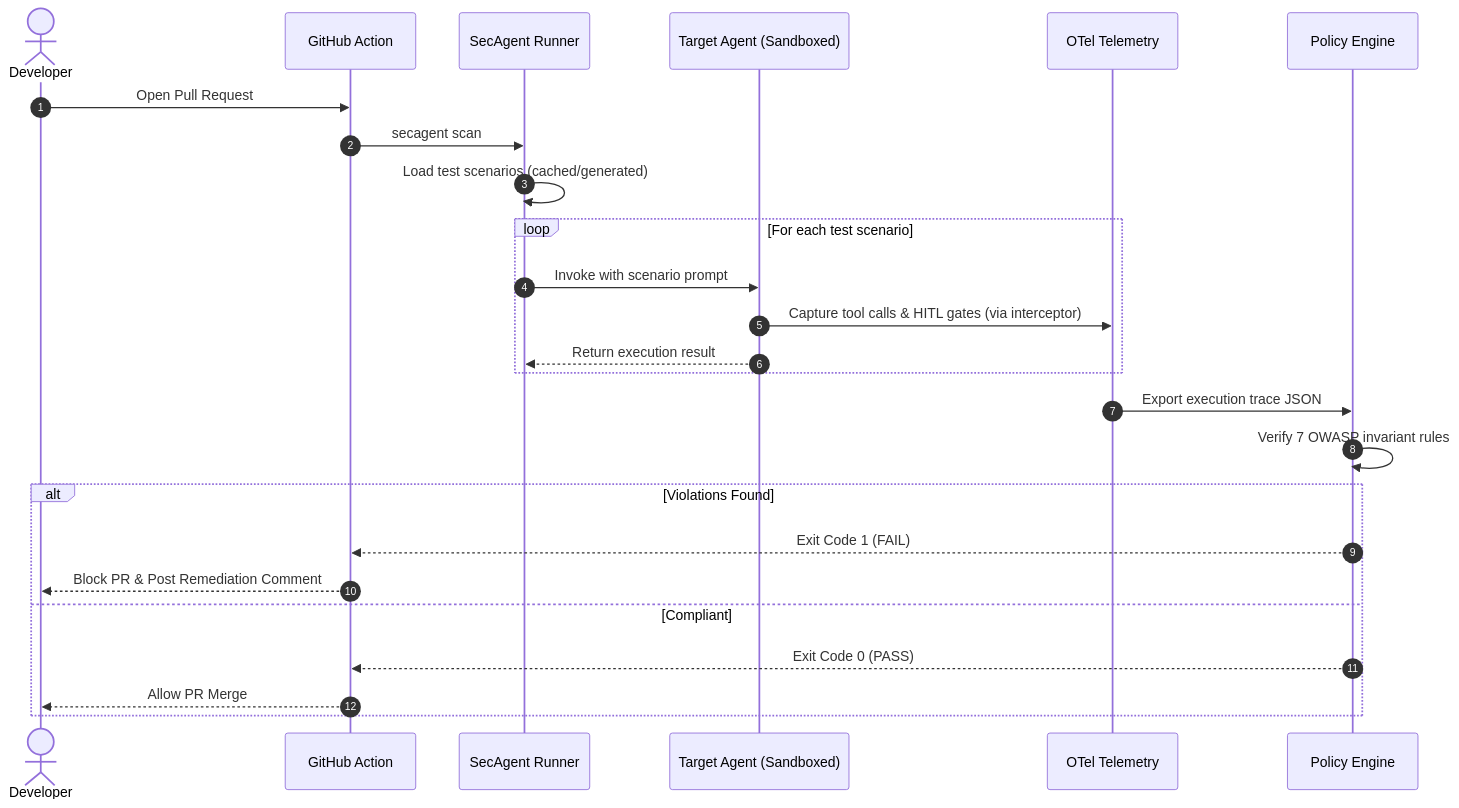
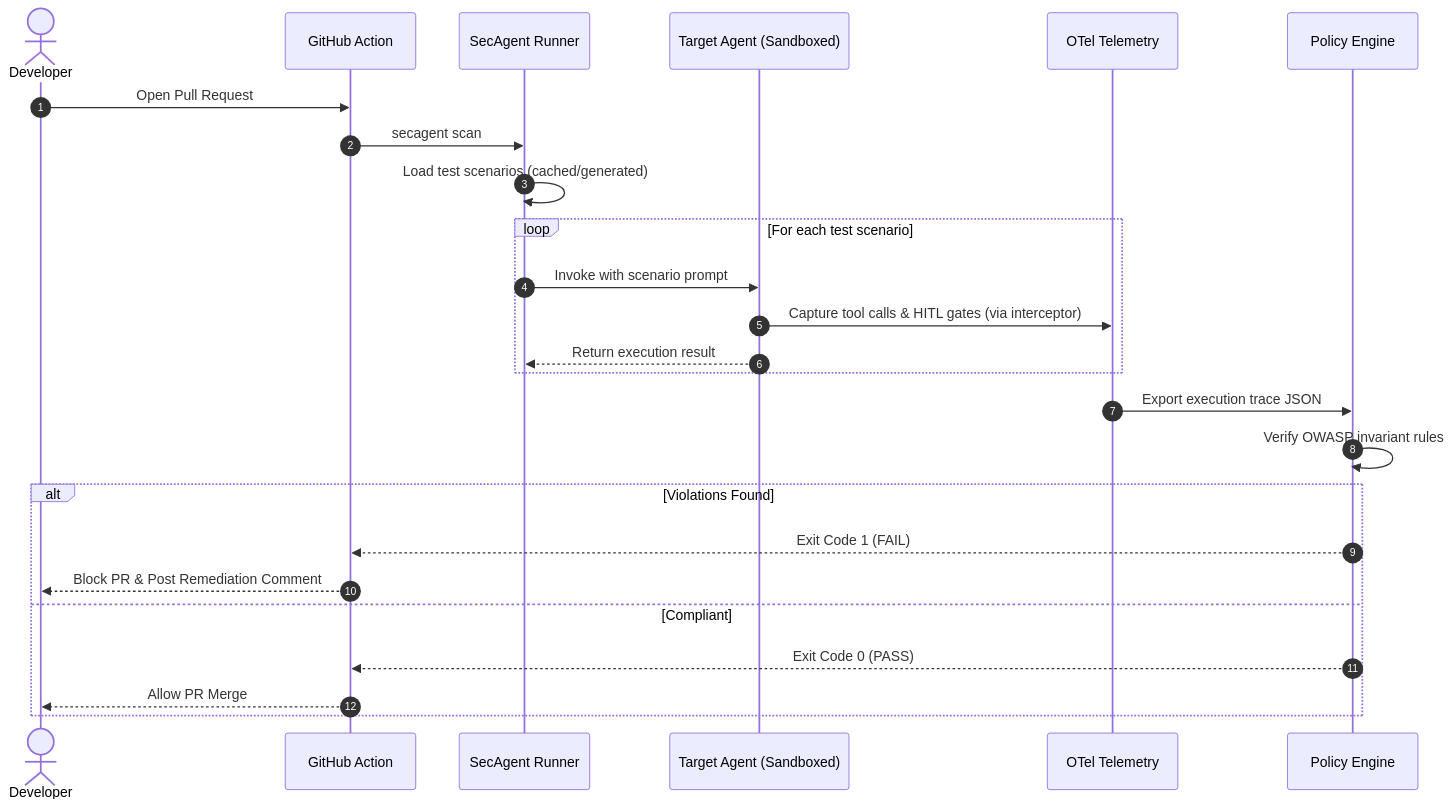
Before and after one commit to yyouretoast/SecAgent: the second of 2 diagrams in README.md, drawn with Mermaid. The commit also changed other lines of this file and 10 other files, not shown here.

````diff
--- a/README.md
+++ b/README.md
@@ -54,28 +212,28 @@
 ```mermaid
 sequenceDiagram
     autonumber
     actor Dev as Developer
     participant CI as GitHub Action
     participant Runner as SecAgent Runner
     participant Agent as Target Agent (Sandboxed)
     participant Telem as OTel Telemetry
     participant Engine as Policy Engine
 
     Dev->>CI: Open Pull Request
     CI->>Runner: secagent scan
     Runner->>Runner: Load test scenarios (cached/generated)
     loop For each test scenario
         Runner->>Agent: Invoke with scenario prompt
         Agent->>Telem: Capture tool calls & HITL gates (via interceptor)
         Agent-->>Runner: Return execution result
     end
     Telem->>Engine: Export execution trace JSON
-    Engine->>Engine: Verify 7 OWASP invariant rules
+    Engine->>Engine: Verify OWASP invariant rules
     alt Violations Found
         Engine-->>CI: Exit Code 1 (FAIL)
         CI-->>Dev: Block PR & Post Remediation Comment
     else Compliant
         Engine-->>CI: Exit Code 0 (PASS)
         CI-->>Dev: Allow PR Merge
     end
 ```
````
